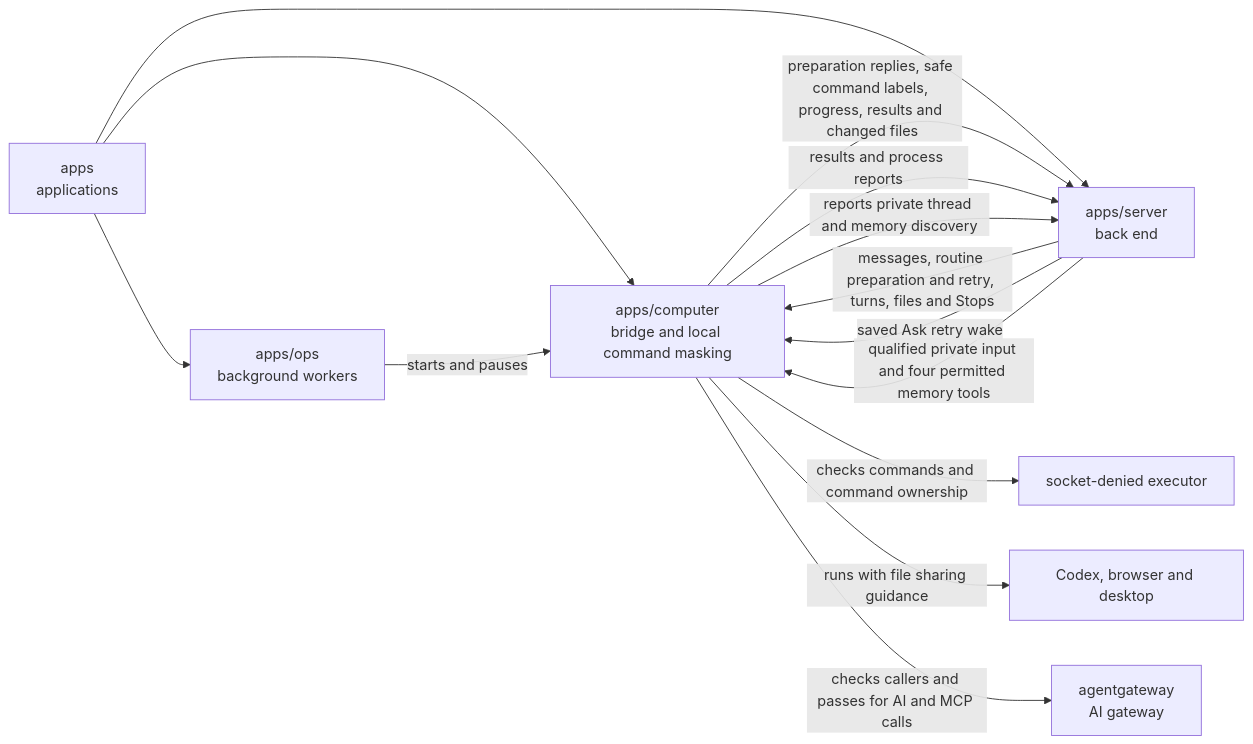
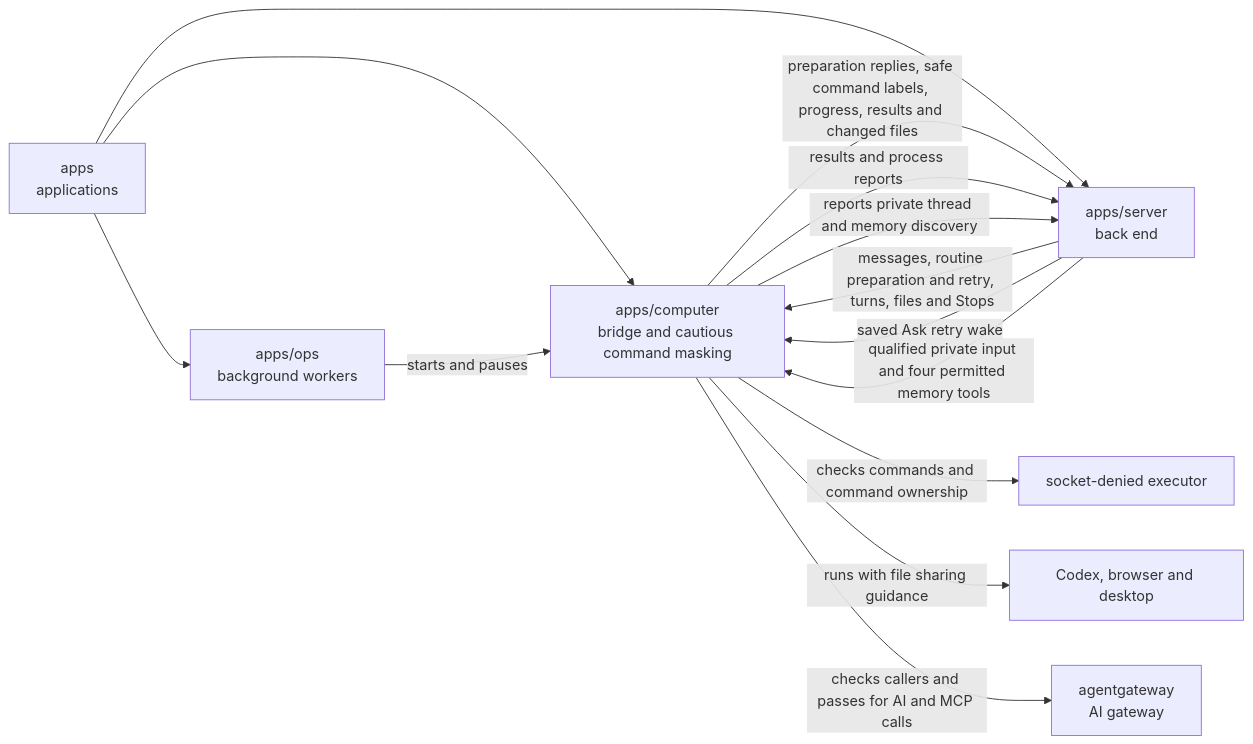
The diagram in apps/computer/README.md (elewa-git/opencrane-new), drawn with Mermaid before and after one commit. The commit also changed other lines of this file and 3 other files, not shown here.

````diff
--- a/apps/computer/README.md
+++ b/apps/computer/README.md
@@ -16,16 +16,16 @@
 ```mermaid
 flowchart LR
-  apps["apps<br/>applications"] --> computer["apps/computer<br/>bridge and local command masking"]
+  apps["apps<br/>applications"] --> computer["apps/computer<br/>bridge and cautious command masking"]
   apps --> ops["apps/ops<br/>background workers"]
   apps --> server["apps/server<br/>back end"]
   ops -->|starts and pauses| computer
   server -->|messages, routine preparation and retry, turns, files and Stops| computer
   server -->|saved Ask retry wake| computer
   computer -->|preparation replies, safe command labels, progress, results and changed files| server
   computer -->|results and process reports| server
   server -->|qualified private input and four permitted memory tools| computer
   computer -->|reports private thread and memory discovery| server
   computer -->|checks commands and command ownership| executor["socket-denied executor"]
   computer -->|runs with file sharing guidance| desktop["Codex, browser and desktop"]
   computer -->|checks callers and passes for AI and MCP calls| gateway["agentgateway<br/>AI gateway"]
 ```
````
